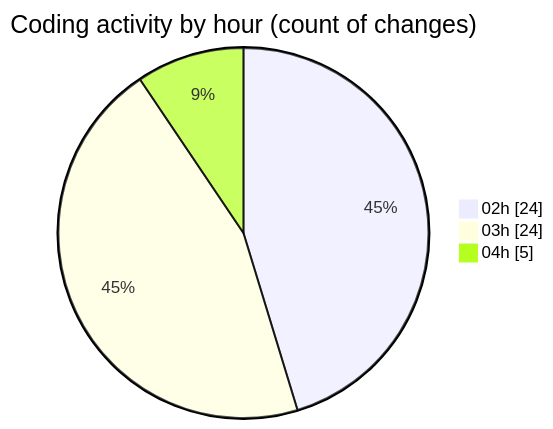
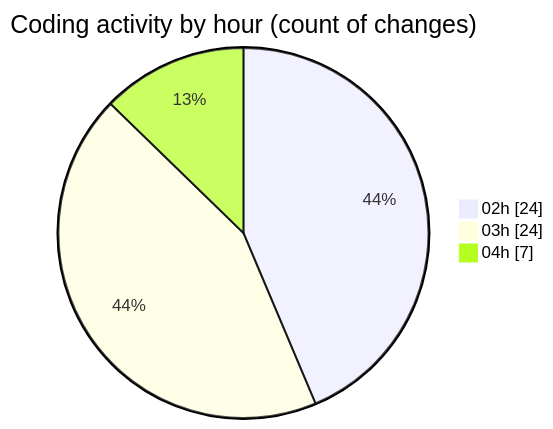
One commit to lephambinh05/code-tracking changed the second of 2 diagrams in 2025-07-23/quanlyrapchieuphim/README.md. Above: the diagram before and after it, drawn with Mermaid. The commit also changed other lines of this file and 1 other file, not shown here.

````diff
--- a/2025-07-23/quanlyrapchieuphim/README.md
+++ b/2025-07-23/quanlyrapchieuphim/README.md
@@ -38,7 +38,7 @@
 ```mermaid
 pie showData
 title Coding activity by hour (count of changes)
 "02h" : 24
 "03h" : 24
-"04h" : 5
+"04h" : 7
 ```
````
